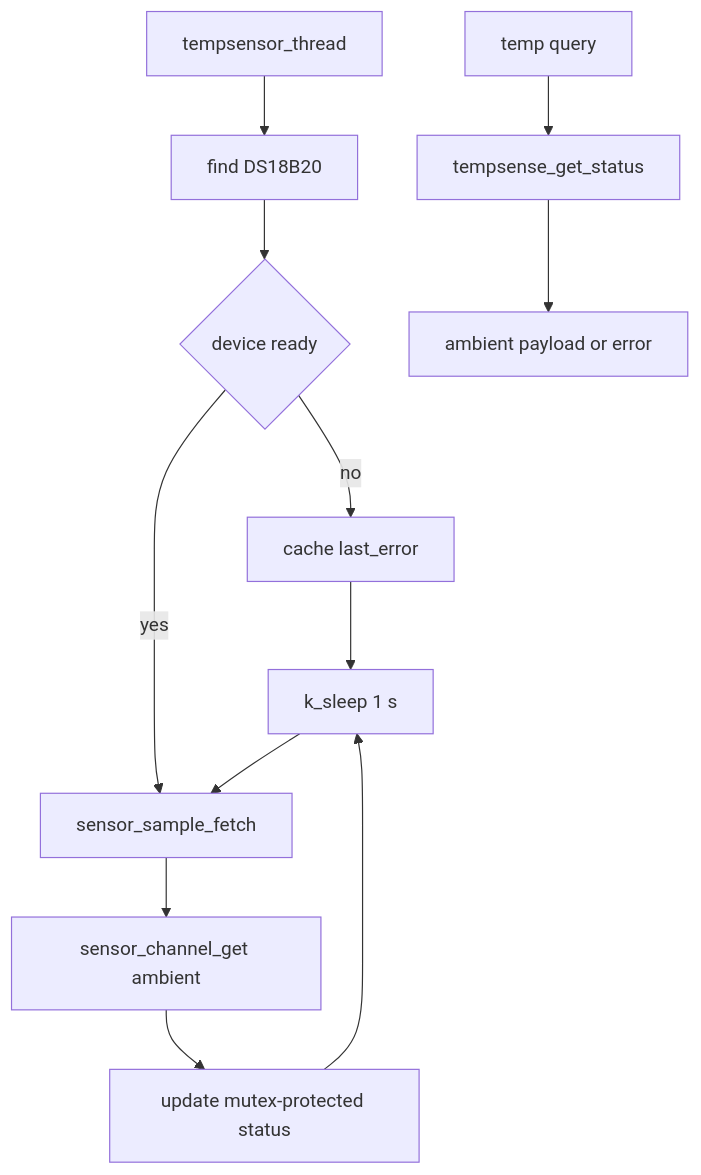
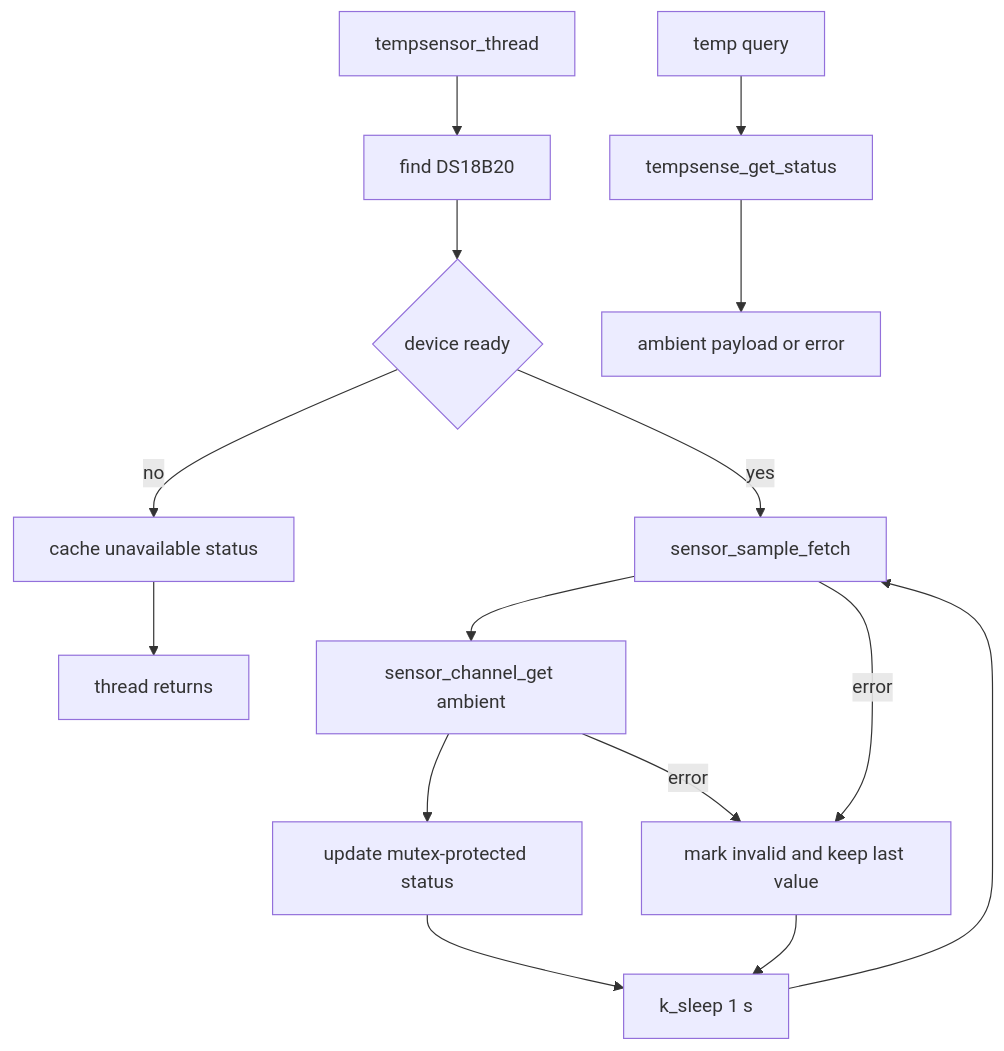
Diagram 16 of 22 in doc/diagrams.md (COO-Utilities/hispec-tib), drawn with Mermaid before and after one commit. The commit also changed other lines of this file, not shown here.

Commit message:
Add throughput monitor flow diagrams, update related flows, and align documentation numbering.

````diff
--- a/doc/diagrams.md
+++ b/doc/diagrams.md
@@ -271,14 +316,17 @@
 ```mermaid
 flowchart TD
   Thread[tempsensor_thread] --> Find[find DS18B20]
   Find --> Ready{device ready}
-  Ready -- no --> CacheErr[cache last_error]
+  Ready -- no --> InitErr[cache unavailable status]
+  InitErr --> Return[thread returns]
   Ready -- yes --> Fetch[sensor_sample_fetch]
   Fetch --> SensorGet[sensor_channel_get ambient]
   SensorGet --> Cache[update mutex-protected status]
+  SensorGet -- error --> CacheErr[mark invalid and keep last value]
+  Fetch -- error --> CacheErr
+  Cache --> Sleep
   CacheErr --> Sleep[k_sleep 1 s]
-  Cache --> Sleep
   Sleep --> Fetch
   Command[temp query] --> Read[tempsense_get_status]
   Read --> Response[ambient payload or error]
 ```
````
